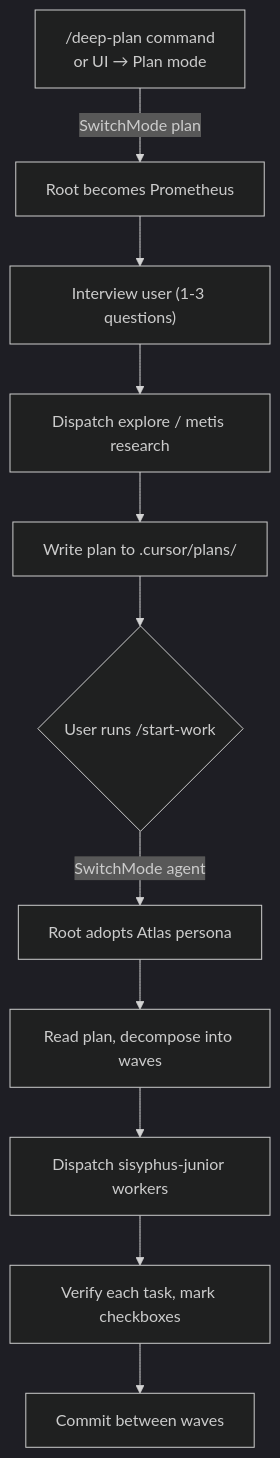
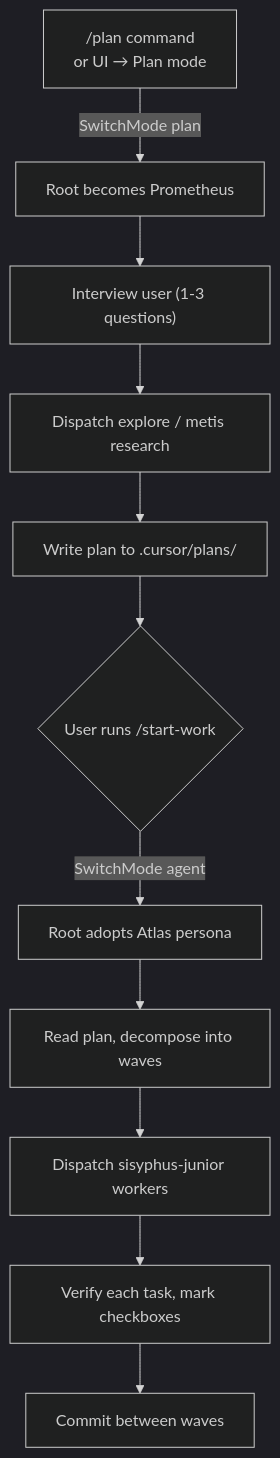
One commit to andrescera/oh-my-cursor changed the diagram in docs/cursor-integration.md. Above: the diagram before and after it, drawn with Mermaid (dark theme). The commit also changed other lines of this file and 9 other files, not shown here.

First line of the commit message:
rename(commands): rename /deep-plan to /plan for cleaner command surface

````diff
--- a/docs/cursor-integration.md
+++ b/docs/cursor-integration.md
@@ -144,13 +144,13 @@
 ```mermaid
 flowchart TD
-    A["/deep-plan command\nor UI → Plan mode"] -->|SwitchMode plan| B["Root becomes Prometheus"]
+    A["/plan command\nor UI → Plan mode"] -->|SwitchMode plan| B["Root becomes Prometheus"]
     B --> C["Interview user (1-3 questions)"]
     C --> D["Dispatch explore / metis research"]
     D --> E["Write plan to .cursor/plans/"]
     E --> F{"User runs /start-work"}
     F -->|SwitchMode agent| G["Root adopts Atlas persona"]
     G --> H["Read plan, decompose into waves"]
     H --> I["Dispatch sisyphus-junior workers"]
     I --> J["Verify each task, mark checkboxes"]
     J --> K["Commit between waves"]
 ```
````
